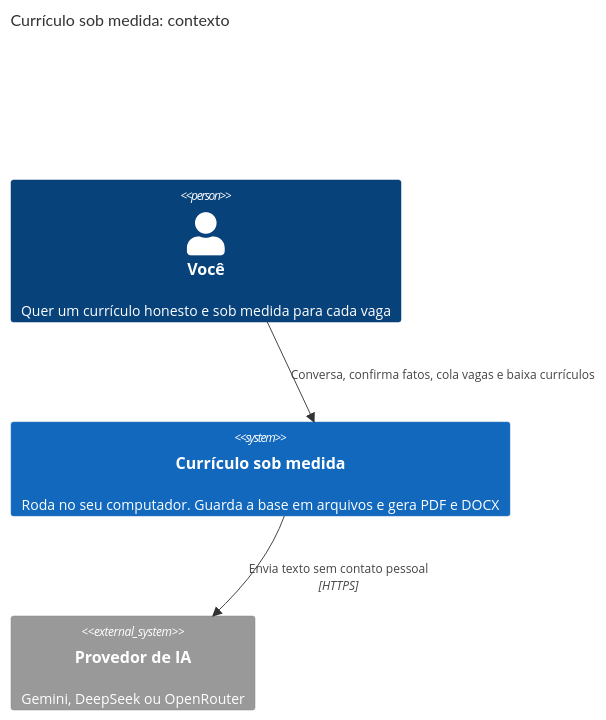
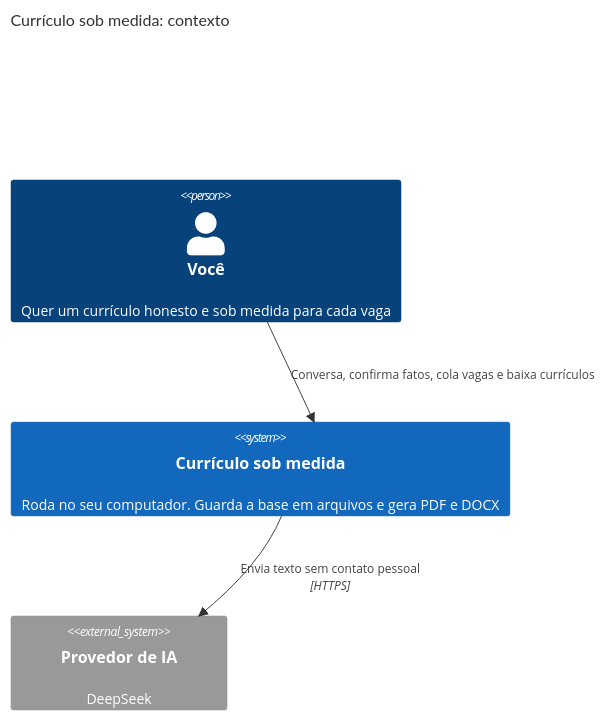
One commit to feeslopes/assistente_curriculo changed the first of 9 diagrams in README.md. Above: the diagram before and after it, drawn with Mermaid. The commit also changed other lines of this file and 1 other file, not shown here.

First line of the commit message:
README somente com DeepSeek e passo a passo do .env

````diff
--- a/README.md
+++ b/README.md
@@ -181,9 +189,9 @@
 ```mermaid
 C4Context
   title Currículo sob medida: contexto
   Person(voce, "Você", "Quer um currículo honesto e sob medida para cada vaga")
   System(app, "Currículo sob medida", "Roda no seu computador. Guarda a base em arquivos e gera PDF e DOCX")
-  System_Ext(ia, "Provedor de IA", "Gemini, DeepSeek ou OpenRouter")
+  System_Ext(ia, "Provedor de IA", "DeepSeek")
   Rel(voce, app, "Conversa, confirma fatos, cola vagas e baixa currículos")
   Rel(app, ia, "Envia texto sem contato pessoal", "HTTPS")
 ```
````
